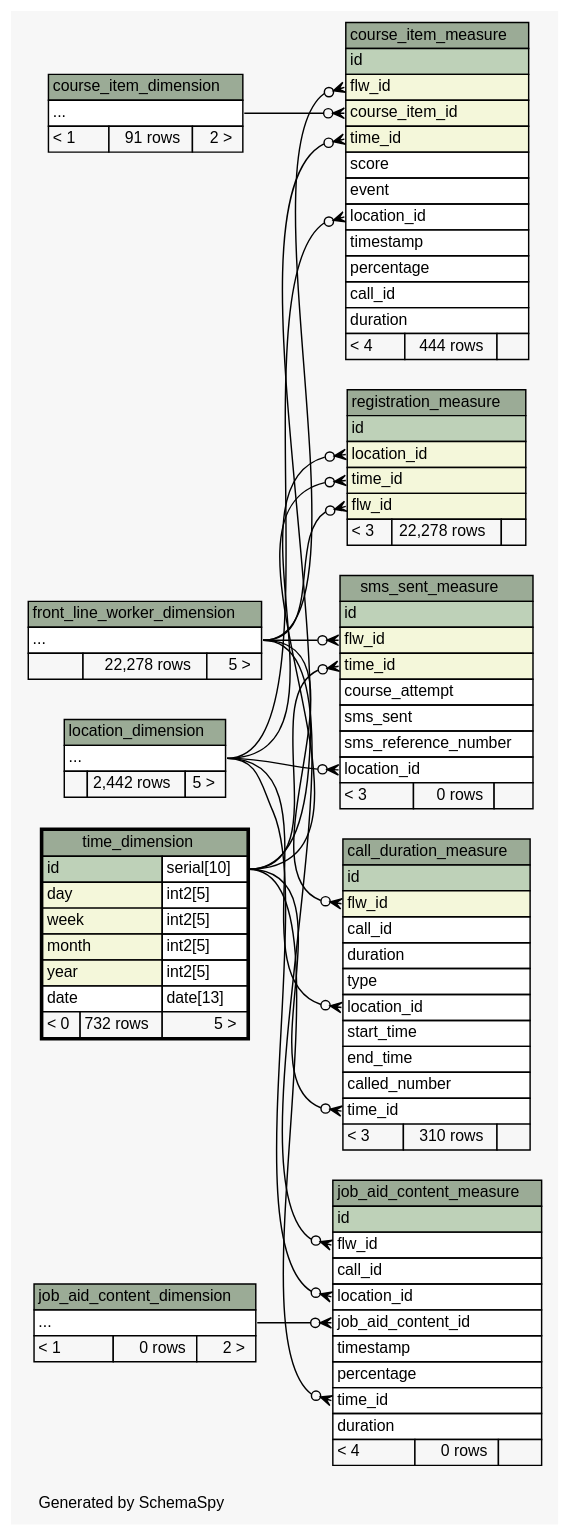
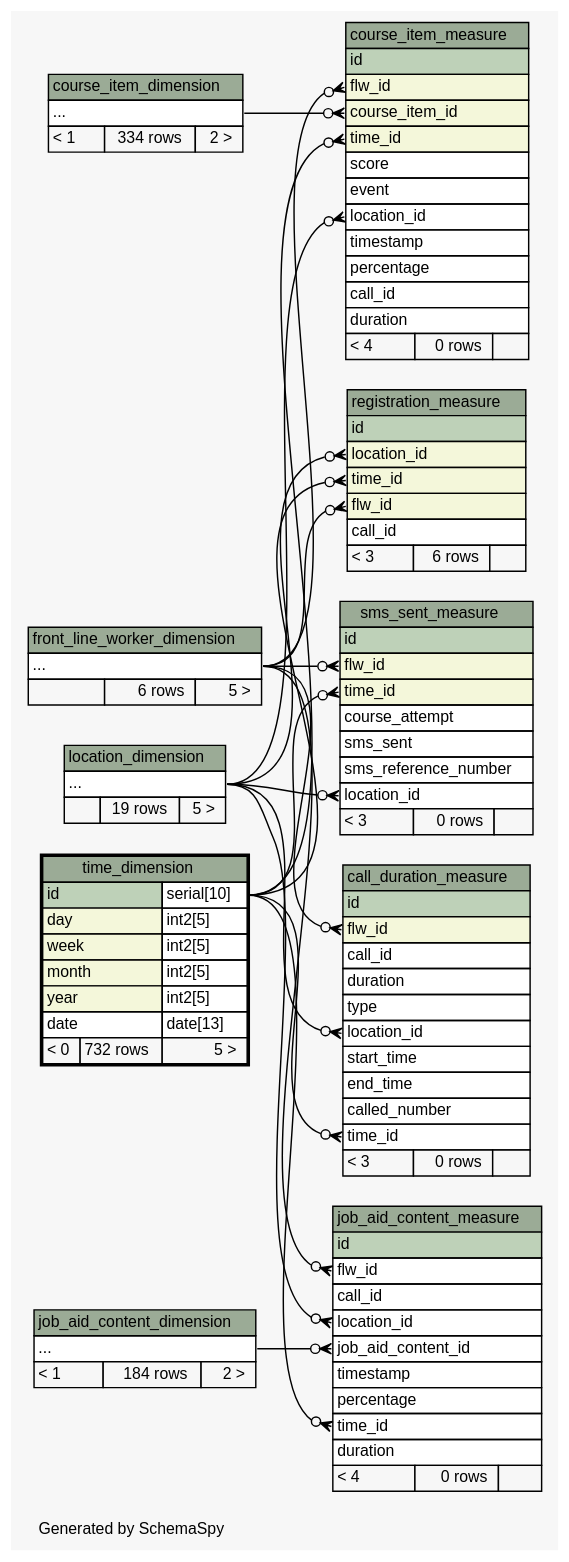
One commit to motech/ananya changed the diagram in ananya-report/build/schemaspy-output/diagrams/time_dimension.2degrees.dot. Above: the diagram before and after it, drawn with Graphviz. The commit also changed 76 other files, not shown here.

```diff
--- a/ananya-report/build/schemaspy-output/diagrams/time_dimension.2degrees.dot
+++ b/ananya-report/build/schemaspy-output/diagrams/time_dimension.2degrees.dot
@@ -1,180 +1,181 @@
 // dot 2.26.3 on Linux 2.6.38-11-generic-pae
 // SchemaSpy rev 590
 digraph "twoDegreesRelationshipsDiagram" {
   graph [
     rankdir="RL"
     bgcolor="#f7f7f7"
     label="\nGenerated by SchemaSpy"
     labeljust="l"
     nodesep="0.18"
     ranksep="0.46"
     fontname="Helvetica"
     fontsize="11"
   ];
   node [
     fontname="Helvetica"
     fontsize="11"
     shape="plaintext"
   ];
   edge [
     arrowsize="0.8"
   ];
   "call_duration_measure":"flw_id":w -> "front_line_worker_dimension":"elipses":e [arrowhead=none dir=back arrowtail=crowodot];
   "call_duration_measure":"location_id":w -> "location_dimension":"elipses":e [arrowhead=none dir=back arrowtail=crowodot];
   "call_duration_measure":"time_id":w -> "time_dimension":"id.type":e [arrowhead=none dir=back arrowtail=crowodot];
   "course_item_measure":"course_item_id":w -> "course_item_dimension":"elipses":e [arrowhead=none dir=back arrowtail=crowodot];
   "course_item_measure":"flw_id":w -> "front_line_worker_dimension":"elipses":e [arrowhead=none dir=back arrowtail=crowodot];
   "course_item_measure":"location_id":w -> "location_dimension":"elipses":e [arrowhead=none dir=back arrowtail=crowodot];
   "course_item_measure":"time_id":w -> "time_dimension":"id.type":e [arrowhead=none dir=back arrowtail=crowodot];
   "job_aid_content_measure":"flw_id":w -> "front_line_worker_dimension":"elipses":e [arrowhead=none dir=back arrowtail=crowodot];
   "job_aid_content_measure":"job_aid_content_id":w -> "job_aid_content_dimension":"elipses":e [arrowhead=none dir=back arrowtail=crowodot];
   "job_aid_content_measure":"location_id":w -> "location_dimension":"elipses":e [arrowhead=none dir=back arrowtail=crowodot];
   "job_aid_content_measure":"time_id":w -> "time_dimension":"id.type":e [arrowhead=none dir=back arrowtail=crowodot];
   "registration_measure":"flw_id":w -> "front_line_worker_dimension":"elipses":e [arrowhead=none dir=back arrowtail=crowodot];
   "registration_measure":"location_id":w -> "location_dimension":"elipses":e [arrowhead=none dir=back arrowtail=crowodot];
   "registration_measure":"time_id":w -> "time_dimension":"id.type":e [arrowhead=none dir=back arrowtail=crowodot];
   "sms_sent_measure":"flw_id":w -> "front_line_worker_dimension":"elipses":e [arrowhead=none dir=back arrowtail=crowodot];
   "sms_sent_measure":"location_id":w -> "location_dimension":"elipses":e [arrowhead=none dir=back arrowtail=crowodot];
   "sms_sent_measure":"time_id":w -> "time_dimension":"id.type":e [arrowhead=none dir=back arrowtail=crowodot];
   "call_duration_measure" [
     label=<
     <TABLE BORDER="0" CELLBORDER="1" CELLSPACING="0" BGCOLOR="#ffffff">
       <TR><TD COLSPAN="3" BGCOLOR="#9bab96" ALIGN="CENTER">call_duration_measure</TD></TR>
       <TR><TD PORT="id" COLSPAN="3" BGCOLOR="#bed1b8" ALIGN="LEFT">id</TD></TR>
       <TR><TD PORT="flw_id" COLSPAN="3" BGCOLOR="#f4f7da" ALIGN="LEFT">flw_id</TD></TR>
       <TR><TD PORT="call_id" COLSPAN="3" ALIGN="LEFT">call_id</TD></TR>
       <TR><TD PORT="duration" COLSPAN="3" ALIGN="LEFT">duration</TD></TR>
       <TR><TD PORT="type" COLSPAN="3" ALIGN="LEFT">type</TD></TR>
       <TR><TD PORT="location_id" COLSPAN="3" ALIGN="LEFT">location_id</TD></TR>
       <TR><TD PORT="start_time" COLSPAN="3" ALIGN="LEFT">start_time</TD></TR>
       <TR><TD PORT="end_time" COLSPAN="3" ALIGN="LEFT">end_time</TD></TR>
       <TR><TD PORT="called_number" COLSPAN="3" ALIGN="LEFT">called_number</TD></TR>
       <TR><TD PORT="time_id" COLSPAN="3" ALIGN="LEFT">time_id</TD></TR>
-      <TR><TD ALIGN="LEFT" BGCOLOR="#f7f7f7">&lt; 3</TD><TD ALIGN="RIGHT" BGCOLOR="#f7f7f7">310 rows</TD><TD ALIGN="RIGHT" BGCOLOR="#f7f7f7">  </TD></TR>
+      <TR><TD ALIGN="LEFT" BGCOLOR="#f7f7f7">&lt; 3</TD><TD ALIGN="RIGHT" BGCOLOR="#f7f7f7">0 rows</TD><TD ALIGN="RIGHT" BGCOLOR="#f7f7f7">  </TD></TR>
     </TABLE>>
     URL="call_duration_measure.html"
     tooltip="call_duration_measure"
   ];
   "course_item_dimension" [
     label=<
     <TABLE BORDER="0" CELLBORDER="1" CELLSPACING="0" BGCOLOR="#ffffff">
       <TR><TD COLSPAN="3" BGCOLOR="#9bab96" ALIGN="CENTER">course_item_dimension</TD></TR>
       <TR><TD PORT="elipses" COLSPAN="3" ALIGN="LEFT">...</TD></TR>
-      <TR><TD ALIGN="LEFT" BGCOLOR="#f7f7f7">&lt; 1</TD><TD ALIGN="RIGHT" BGCOLOR="#f7f7f7">91 rows</TD><TD ALIGN="RIGHT" BGCOLOR="#f7f7f7">2 &gt;</TD></TR>
+      <TR><TD ALIGN="LEFT" BGCOLOR="#f7f7f7">&lt; 1</TD><TD ALIGN="RIGHT" BGCOLOR="#f7f7f7">334 rows</TD><TD ALIGN="RIGHT" BGCOLOR="#f7f7f7">2 &gt;</TD></TR>
     </TABLE>>
     URL="course_item_dimension.html"
     tooltip="course_item_dimension"
   ];
   "course_item_measure" [
     label=<
     <TABLE BORDER="0" CELLBORDER="1" CELLSPACING="0" BGCOLOR="#ffffff">
       <TR><TD COLSPAN="3" BGCOLOR="#9bab96" ALIGN="CENTER">course_item_measure</TD></TR>
       <TR><TD PORT="id" COLSPAN="3" BGCOLOR="#bed1b8" ALIGN="LEFT">id</TD></TR>
       <TR><TD PORT="flw_id" COLSPAN="3" BGCOLOR="#f4f7da" ALIGN="LEFT">flw_id</TD></TR>
       <TR><TD PORT="course_item_id" COLSPAN="3" BGCOLOR="#f4f7da" ALIGN="LEFT">course_item_id</TD></TR>
       <TR><TD PORT="time_id" COLSPAN="3" BGCOLOR="#f4f7da" ALIGN="LEFT">time_id</TD></TR>
       <TR><TD PORT="score" COLSPAN="3" ALIGN="LEFT">score</TD></TR>
       <TR><TD PORT="event" COLSPAN="3" ALIGN="LEFT">event</TD></TR>
       <TR><TD PORT="location_id" COLSPAN="3" ALIGN="LEFT">location_id</TD></TR>
       <TR><TD PORT="timestamp" COLSPAN="3" ALIGN="LEFT">timestamp</TD></TR>
       <TR><TD PORT="percentage" COLSPAN="3" ALIGN="LEFT">percentage</TD></TR>
       <TR><TD PORT="call_id" COLSPAN="3" ALIGN="LEFT">call_id</TD></TR>
       <TR><TD PORT="duration" COLSPAN="3" ALIGN="LEFT">duration</TD></TR>
-      <TR><TD ALIGN="LEFT" BGCOLOR="#f7f7f7">&lt; 4</TD><TD ALIGN="RIGHT" BGCOLOR="#f7f7f7">444 rows</TD><TD ALIGN="RIGHT" BGCOLOR="#f7f7f7">  </TD></TR>
+      <TR><TD ALIGN="LEFT" BGCOLOR="#f7f7f7">&lt; 4</TD><TD ALIGN="RIGHT" BGCOLOR="#f7f7f7">0 rows</TD><TD ALIGN="RIGHT" BGCOLOR="#f7f7f7">  </TD></TR>
     </TABLE>>
     URL="course_item_measure.html"
     tooltip="course_item_measure"
   ];
   "front_line_worker_dimension" [
     label=<
     <TABLE BORDER="0" CELLBORDER="1" CELLSPACING="0" BGCOLOR="#ffffff">
       <TR><TD COLSPAN="3" BGCOLOR="#9bab96" ALIGN="CENTER">front_line_worker_dimension</TD></TR>
       <TR><TD PORT="elipses" COLSPAN="3" ALIGN="LEFT">...</TD></TR>
-      <TR><TD ALIGN="LEFT" BGCOLOR="#f7f7f7">  </TD><TD ALIGN="RIGHT" BGCOLOR="#f7f7f7">22,278 rows</TD><TD ALIGN="RIGHT" BGCOLOR="#f7f7f7">5 &gt;</TD></TR>
+      <TR><TD ALIGN="LEFT" BGCOLOR="#f7f7f7">  </TD><TD ALIGN="RIGHT" BGCOLOR="#f7f7f7">6 rows</TD><TD ALIGN="RIGHT" BGCOLOR="#f7f7f7">5 &gt;</TD></TR>
     </TABLE>>
     URL="front_line_worker_dimension.html"
     tooltip="front_line_worker_dimension"
   ];
   "job_aid_content_dimension" [
     label=<
     <TABLE BORDER="0" CELLBORDER="1" CELLSPACING="0" BGCOLOR="#ffffff">
       <TR><TD COLSPAN="3" BGCOLOR="#9bab96" ALIGN="CENTER">job_aid_content_dimension</TD></TR>
       <TR><TD PORT="elipses" COLSPAN="3" ALIGN="LEFT">...</TD></TR>
-      <TR><TD ALIGN="LEFT" BGCOLOR="#f7f7f7">&lt; 1</TD><TD ALIGN="RIGHT" BGCOLOR="#f7f7f7">0 rows</TD><TD ALIGN="RIGHT" BGCOLOR="#f7f7f7">2 &gt;</TD></TR>
+      <TR><TD ALIGN="LEFT" BGCOLOR="#f7f7f7">&lt; 1</TD><TD ALIGN="RIGHT" BGCOLOR="#f7f7f7">184 rows</TD><TD ALIGN="RIGHT" BGCOLOR="#f7f7f7">2 &gt;</TD></TR>
     </TABLE>>
     URL="job_aid_content_dimension.html"
     tooltip="job_aid_content_dimension"
   ];
   "job_aid_content_measure" [
     label=<
     <TABLE BORDER="0" CELLBORDER="1" CELLSPACING="0" BGCOLOR="#ffffff">
       <TR><TD COLSPAN="3" BGCOLOR="#9bab96" ALIGN="CENTER">job_aid_content_measure</TD></TR>
       <TR><TD PORT="id" COLSPAN="3" BGCOLOR="#bed1b8" ALIGN="LEFT">id</TD></TR>
       <TR><TD PORT="flw_id" COLSPAN="3" ALIGN="LEFT">flw_id</TD></TR>
       <TR><TD PORT="call_id" COLSPAN="3" ALIGN="LEFT">call_id</TD></TR>
       <TR><TD PORT="location_id" COLSPAN="3" ALIGN="LEFT">location_id</TD></TR>
       <TR><TD PORT="job_aid_content_id" COLSPAN="3" ALIGN="LEFT">job_aid_content_id</TD></TR>
       <TR><TD PORT="timestamp" COLSPAN="3" ALIGN="LEFT">timestamp</TD></TR>
       <TR><TD PORT="percentage" COLSPAN="3" ALIGN="LEFT">percentage</TD></TR>
       <TR><TD PORT="time_id" COLSPAN="3" ALIGN="LEFT">time_id</TD></TR>
       <TR><TD PORT="duration" COLSPAN="3" ALIGN="LEFT">duration</TD></TR>
       <TR><TD ALIGN="LEFT" BGCOLOR="#f7f7f7">&lt; 4</TD><TD ALIGN="RIGHT" BGCOLOR="#f7f7f7">0 rows</TD><TD ALIGN="RIGHT" BGCOLOR="#f7f7f7">  </TD></TR>
     </TABLE>>
     URL="job_aid_content_measure.html"
     tooltip="job_aid_content_measure"
   ];
   "location_dimension" [
     label=<
     <TABLE BORDER="0" CELLBORDER="1" CELLSPACING="0" BGCOLOR="#ffffff">
       <TR><TD COLSPAN="3" BGCOLOR="#9bab96" ALIGN="CENTER">location_dimension</TD></TR>
       <TR><TD PORT="elipses" COLSPAN="3" ALIGN="LEFT">...</TD></TR>
-      <TR><TD ALIGN="LEFT" BGCOLOR="#f7f7f7">  </TD><TD ALIGN="RIGHT" BGCOLOR="#f7f7f7">2,442 rows</TD><TD ALIGN="RIGHT" BGCOLOR="#f7f7f7">5 &gt;</TD></TR>
+      <TR><TD ALIGN="LEFT" BGCOLOR="#f7f7f7">  </TD><TD ALIGN="RIGHT" BGCOLOR="#f7f7f7">19 rows</TD><TD ALIGN="RIGHT" BGCOLOR="#f7f7f7">5 &gt;</TD></TR>
     </TABLE>>
     URL="location_dimension.html"
     tooltip="location_dimension"
   ];
   "registration_measure" [
     label=<
     <TABLE BORDER="0" CELLBORDER="1" CELLSPACING="0" BGCOLOR="#ffffff">
       <TR><TD COLSPAN="3" BGCOLOR="#9bab96" ALIGN="CENTER">registration_measure</TD></TR>
       <TR><TD PORT="id" COLSPAN="3" BGCOLOR="#bed1b8" ALIGN="LEFT">id</TD></TR>
       <TR><TD PORT="location_id" COLSPAN="3" BGCOLOR="#f4f7da" ALIGN="LEFT">location_id</TD></TR>
       <TR><TD PORT="time_id" COLSPAN="3" BGCOLOR="#f4f7da" ALIGN="LEFT">time_id</TD></TR>
       <TR><TD PORT="flw_id" COLSPAN="3" BGCOLOR="#f4f7da" ALIGN="LEFT">flw_id</TD></TR>
-      <TR><TD ALIGN="LEFT" BGCOLOR="#f7f7f7">&lt; 3</TD><TD ALIGN="RIGHT" BGCOLOR="#f7f7f7">22,278 rows</TD><TD ALIGN="RIGHT" BGCOLOR="#f7f7f7">  </TD></TR>
+      <TR><TD PORT="call_id" COLSPAN="3" ALIGN="LEFT">call_id</TD></TR>
+      <TR><TD ALIGN="LEFT" BGCOLOR="#f7f7f7">&lt; 3</TD><TD ALIGN="RIGHT" BGCOLOR="#f7f7f7">6 rows</TD><TD ALIGN="RIGHT" BGCOLOR="#f7f7f7">  </TD></TR>
     </TABLE>>
     URL="registration_measure.html"
     tooltip="registration_measure"
   ];
   "sms_sent_measure" [
     label=<
     <TABLE BORDER="0" CELLBORDER="1" CELLSPACING="0" BGCOLOR="#ffffff">
       <TR><TD COLSPAN="3" BGCOLOR="#9bab96" ALIGN="CENTER">sms_sent_measure</TD></TR>
       <TR><TD PORT="id" COLSPAN="3" BGCOLOR="#bed1b8" ALIGN="LEFT">id</TD></TR>
       <TR><TD PORT="flw_id" COLSPAN="3" BGCOLOR="#f4f7da" ALIGN="LEFT">flw_id</TD></TR>
       <TR><TD PORT="time_id" COLSPAN="3" BGCOLOR="#f4f7da" ALIGN="LEFT">time_id</TD></TR>
       <TR><TD PORT="course_attempt" COLSPAN="3" ALIGN="LEFT">course_attempt</TD></TR>
       <TR><TD PORT="sms_sent" COLSPAN="3" ALIGN="LEFT">sms_sent</TD></TR>
       <TR><TD PORT="sms_reference_number" COLSPAN="3" ALIGN="LEFT">sms_reference_number</TD></TR>
       <TR><TD PORT="location_id" COLSPAN="3" ALIGN="LEFT">location_id</TD></TR>
       <TR><TD ALIGN="LEFT" BGCOLOR="#f7f7f7">&lt; 3</TD><TD ALIGN="RIGHT" BGCOLOR="#f7f7f7">0 rows</TD><TD ALIGN="RIGHT" BGCOLOR="#f7f7f7">  </TD></TR>
     </TABLE>>
     URL="sms_sent_measure.html"
     tooltip="sms_sent_measure"
   ];
   "time_dimension" [
     label=<
     <TABLE BORDER="2" CELLBORDER="1" CELLSPACING="0" BGCOLOR="#ffffff">
       <TR><TD COLSPAN="3" BGCOLOR="#9bab96" ALIGN="CENTER">time_dimension</TD></TR>
       <TR><TD PORT="id" COLSPAN="2" BGCOLOR="#bed1b8" ALIGN="LEFT">id</TD><TD PORT="id.type" ALIGN="LEFT">serial[10]</TD></TR>
       <TR><TD PORT="day" COLSPAN="2" BGCOLOR="#f4f7da" ALIGN="LEFT">day</TD><TD PORT="day.type" ALIGN="LEFT">int2[5]</TD></TR>
       <TR><TD PORT="week" COLSPAN="2" BGCOLOR="#f4f7da" ALIGN="LEFT">week</TD><TD PORT="week.type" ALIGN="LEFT">int2[5]</TD></TR>
       <TR><TD PORT="month" COLSPAN="2" BGCOLOR="#f4f7da" ALIGN="LEFT">month</TD><TD PORT="month.type" ALIGN="LEFT">int2[5]</TD></TR>
       <TR><TD PORT="year" COLSPAN="2" BGCOLOR="#f4f7da" ALIGN="LEFT">year</TD><TD PORT="year.type" ALIGN="LEFT">int2[5]</TD></TR>
       <TR><TD PORT="date" COLSPAN="2" ALIGN="LEFT">date</TD><TD PORT="date.type" ALIGN="LEFT">date[13]</TD></TR>
       <TR><TD ALIGN="LEFT" BGCOLOR="#f7f7f7">&lt; 0</TD><TD ALIGN="RIGHT" BGCOLOR="#f7f7f7">732 rows</TD><TD ALIGN="RIGHT" BGCOLOR="#f7f7f7">5 &gt;</TD></TR>
     </TABLE>>
     URL="time_dimension.html"
     tooltip="time_dimension"
   ];
 }
```
